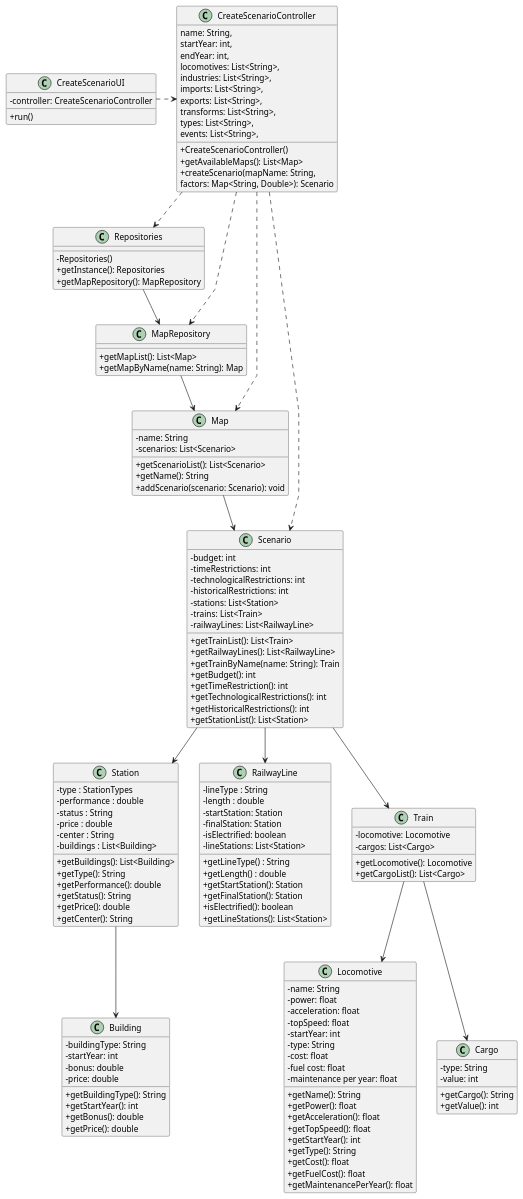
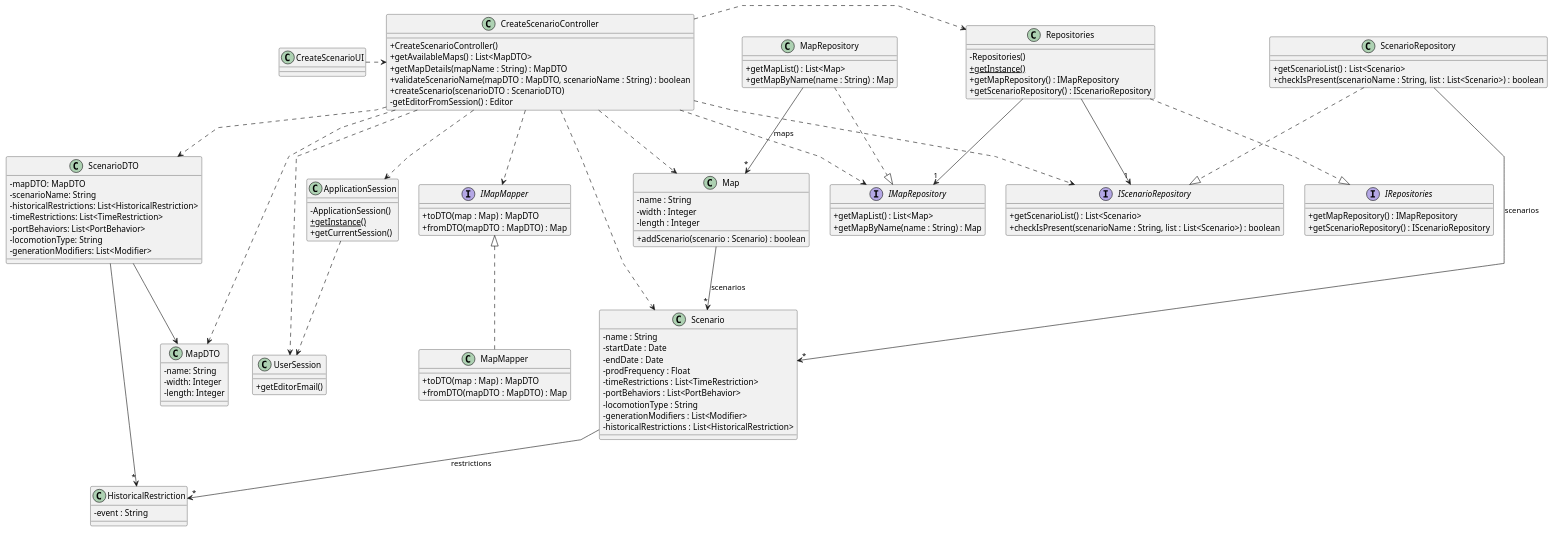
One commit to Educ00/mdisc-2425 changed the diagram in docs/system-documentation/sprint 3/US04/03.design/puml/US004-CD.puml. Above: the diagram before and after it, drawn with PlantUML. The commit also changed 9 other files, not shown here.

```diff
--- a/docs/system-documentation/sprint 3/US04/03.design/puml/US004-CD.puml
+++ b/docs/system-documentation/sprint 3/US04/03.design/puml/US004-CD.puml
@@ -1,162 +1,142 @@
 @startuml
 skinparam packageStyle rectangle
 skinparam shadowing false
 skinparam linetype polyline
 skinparam classAttributeIconSize 0
 
-class CreateScenarioUI {
-    - controller: CreateScenarioController
-    + run()
+
+  class MapDTO {
+    - name: String
+    - width: Integer
+    - length: Integer
+  }
+
+  class ScenarioDTO {
+    - mapDTO: MapDTO
+    - scenarioName: String
+    - historicalRestrictions: List<HistoricalRestriction>
+    - timeRestrictions: List<TimeRestriction>
+    - portBehaviors: List<PortBehavior>
+    - locomotionType: String
+    - generationModifiers: List<Modifier>
+  }
+
+
+class CreateScenarioUI
+
+class CreateScenarioController {
+  + CreateScenarioController()
+  + getAvailableMaps() : List<MapDTO>
+  + getMapDetails(mapName : String) : MapDTO
+  + validateScenarioName(mapDTO : MapDTO, scenarioName : String) : boolean
+  + createScenario(scenarioDTO : ScenarioDTO)
+  - getEditorFromSession() : Editor
 }
 
-class CreateScenarioController {
-    + CreateScenarioController()
-    + getAvailableMaps(): List<Map>
-    + createScenario(mapName: String,
-                    name: String,
-                    startYear: int,
-                    endYear: int,
-                    locomotives: List<String>,
-                    industries: List<String>,
-                    imports: List<String>,
-                    exports: List<String>,
-                    transforms: List<String>,
-                    types: List<String>,
-                    events: List<String>,
-                    factors: Map<String, Double>): Scenario
+class ApplicationSession {
+  - ApplicationSession()
+  + {static} getInstance()
+  + getCurrentSession()
+}
+
+class UserSession {
+  + getEditorEmail()
 }
 
 class Repositories {
-    - Repositories()
-    + getInstance(): Repositories
-    + getMapRepository(): MapRepository
+  - Repositories()
+  + {static} getInstance()
+  + getMapRepository() : IMapRepository
+  + getScenarioRepository() : IScenarioRepository
+}
+
+interface IRepositories{
++ getMapRepository() : IMapRepository
+  + getScenarioRepository() : IScenarioRepository
+}
+
+interface IMapRepository {
+  + getMapList() : List<Map>
+  + getMapByName(name : String) : Map
+}
+
+interface IScenarioRepository {
+  + getScenarioList() : List<Scenario>
+  + checkIsPresent(scenarioName : String, list : List<Scenario>) : boolean
 }
 
 class MapRepository {
-    + getMapList(): List<Map>
-    + getMapByName(name: String): Map
+  + getMapList() : List<Map>
+  + getMapByName(name : String) : Map
+}
+
+class ScenarioRepository {
+  + getScenarioList() : List<Scenario>
+  + checkIsPresent(scenarioName : String, list : List<Scenario>) : boolean
 }
 
 class Map {
-    - name: String
-    - scenarios: List<Scenario>
-    + getScenarioList(): List<Scenario>
-    + getName(): String
-    + addScenario(scenario: Scenario): void
+  - name : String
+  - width : Integer
+  - length : Integer
+  + addScenario(scenario : Scenario) : boolean
 }
 
 class Scenario {
-    - budget: int
-    - timeRestrictions: int
-    - technologicalRestrictions: int
-    - historicalRestrictions: int
-    - stations: List<Station>
-    - trains: List<Train>
-    - railwayLines: List<RailwayLine>
-
-    + getTrainList(): List<Train>
-    + getRailwayLines(): List<RailwayLine>
-    + getTrainByName(name: String): Train
-    + getBudget(): int
-    + getTimeRestriction(): int
-    + getTechnologicalRestrictions(): int
-    + getHistoricalRestrictions(): int
-    + getStationList(): List<Station>
+  - name : String
+  - startDate : Date
+  - endDate : Date
+  - prodFrequency : Float
+  - timeRestrictions : List<TimeRestriction>
+  - portBehaviors : List<PortBehavior>
+  - locomotionType : String
+  - generationModifiers : List<Modifier>
+  - historicalRestrictions : List<HistoricalRestriction>
 }
 
-class Station {
-    - type : StationTypes
-    - performance : double
-    - status : String
-    - price : double
-    - center : String
-    - buildings : List<Building>
-
-    + getBuildings(): List<Building>
-    + getType(): String
-    + getPerformance(): double
-    + getStatus(): String
-    + getPrice(): double
-    + getCenter(): String
+class HistoricalRestriction {
+  - event : String
 }
 
-class RailwayLine {
-    - lineType : String
-    - length : double
-    - startStation: Station
-    - finalStation: Station
-    - isElectrified: boolean
-    - lineStations: List<Station>
-
-    + getLineType() : String
-    + getLength() : double
-    + getStartStation(): Station
-    + getFinalStation(): Station
-    + isElectrified(): boolean
-    + getLineStations(): List<Station>
+interface IMapMapper {
+  + toDTO(map : Map) : MapDTO
+  + fromDTO(mapDTO : MapDTO) : Map
 }
 
-class Train {
-    - locomotive: Locomotive
-    - cargos: List<Cargo>
-
-    + getLocomotive(): Locomotive
-    + getCargoList(): List<Cargo>
+class MapMapper {
+  + toDTO(map : Map) : MapDTO
+  + fromDTO(mapDTO : MapDTO) : Map
 }
 
-class Locomotive {
-    - name: String
-    - power: float
-    - acceleration: float
-    - topSpeed: float
-    - startYear: int
-    - type: String
-    - cost: float
-    - fuel cost: float
-    - maintenance per year: float
+' RELATIONS
+CreateScenarioUI .> CreateScenarioController
 
-    + getName(): String
-    + getPower(): float
-    + getAcceleration(): float
-    + getTopSpeed(): float
-    + getStartYear(): int
-    + getType(): String
-    + getCost(): float
-    + getFuelCost(): float
-    + getMaintenancePerYear(): float
-}
-
-class Building {
-    - buildingType: String
-    - startYear: int
-    - bonus: double
-    - price: double
-
-    + getBuildingType(): String
-    + getStartYear(): int
-    + getBonus(): double
-    + getPrice(): double
-}
-
-class Cargo {
-    - type: String
-    - value: int
-    + getCargo(): String
-    + getValue(): int
-}
-
-CreateScenarioUI .> CreateScenarioController
-CreateScenarioController ..> Repositories
-CreateScenarioController ..> MapRepository
+CreateScenarioController ..> ApplicationSession
+CreateScenarioController ..> UserSession
+CreateScenarioController ..> MapDTO
+CreateScenarioController ..> ScenarioDTO
 CreateScenarioController ..> Map
 CreateScenarioController ..> Scenario
-Scenario --> Station
-Scenario --> Train
-Scenario --> RailwayLine
-Train --> Locomotive
-Train --> Cargo
-Station --> Building
-Repositories --> MapRepository
-MapRepository --> Map
-Map --> Scenario
+CreateScenarioController .> Repositories
+CreateScenarioController ..> IMapMapper
+CreateScenarioController ..> IMapRepository
+CreateScenarioController ..> IScenarioRepository
+
+Repositories --> "1" IMapRepository
+Repositories --> "1" IScenarioRepository
+MapRepository ..|> IMapRepository
+ScenarioRepository ..|> IScenarioRepository
+
+ApplicationSession ..> UserSession
+
+MapRepository --> "*" Map : maps
+ScenarioRepository --> "*" Scenario : scenarios
+Scenario --> "*" HistoricalRestriction : restrictions
+ScenarioDTO --> MapDTO
+ScenarioDTO --> "*" HistoricalRestriction
+Map --> "*" Scenario : scenarios
+
+IMapMapper <|.. MapMapper
+Repositories ..|> IRepositories
+
 @enduml
```
